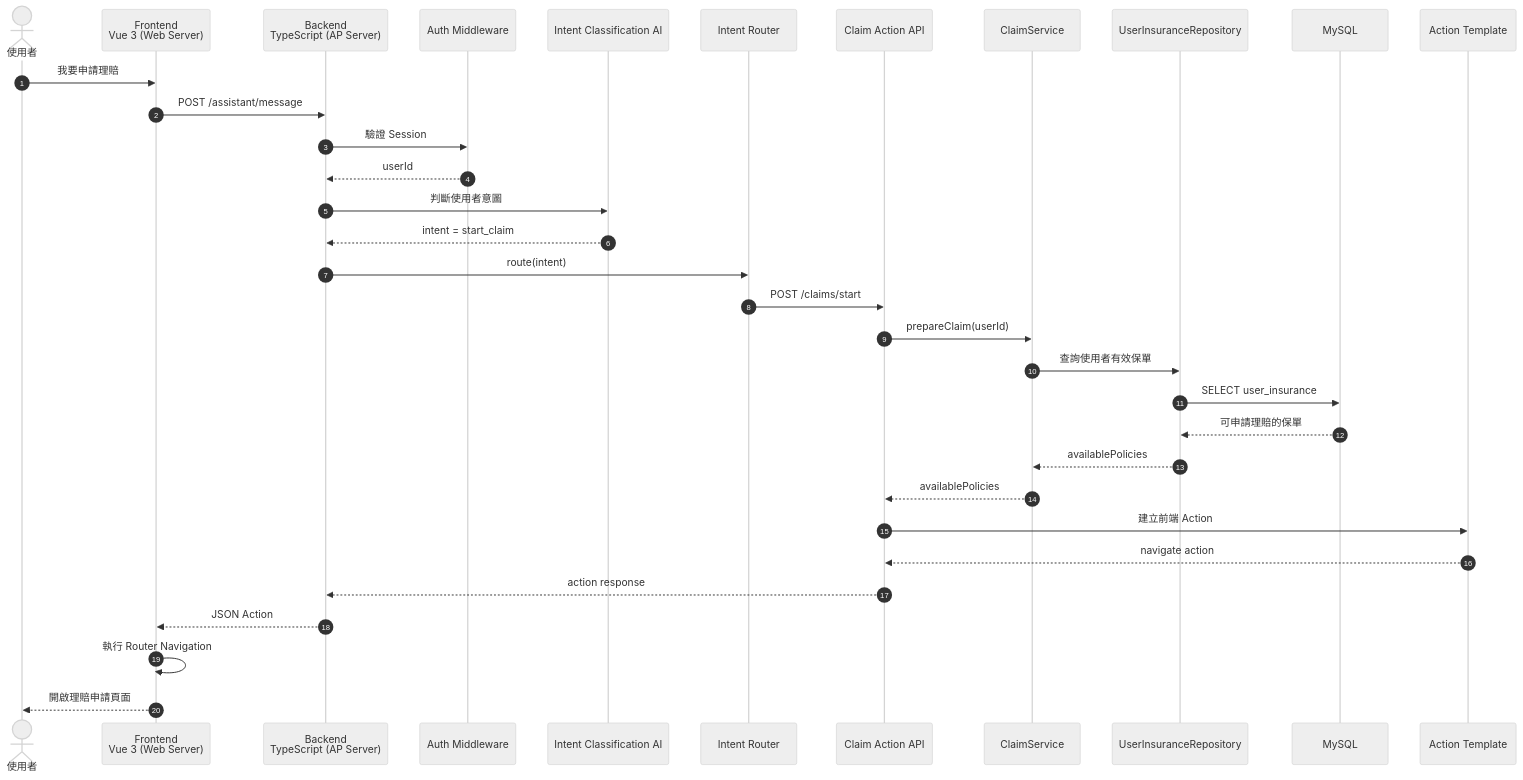
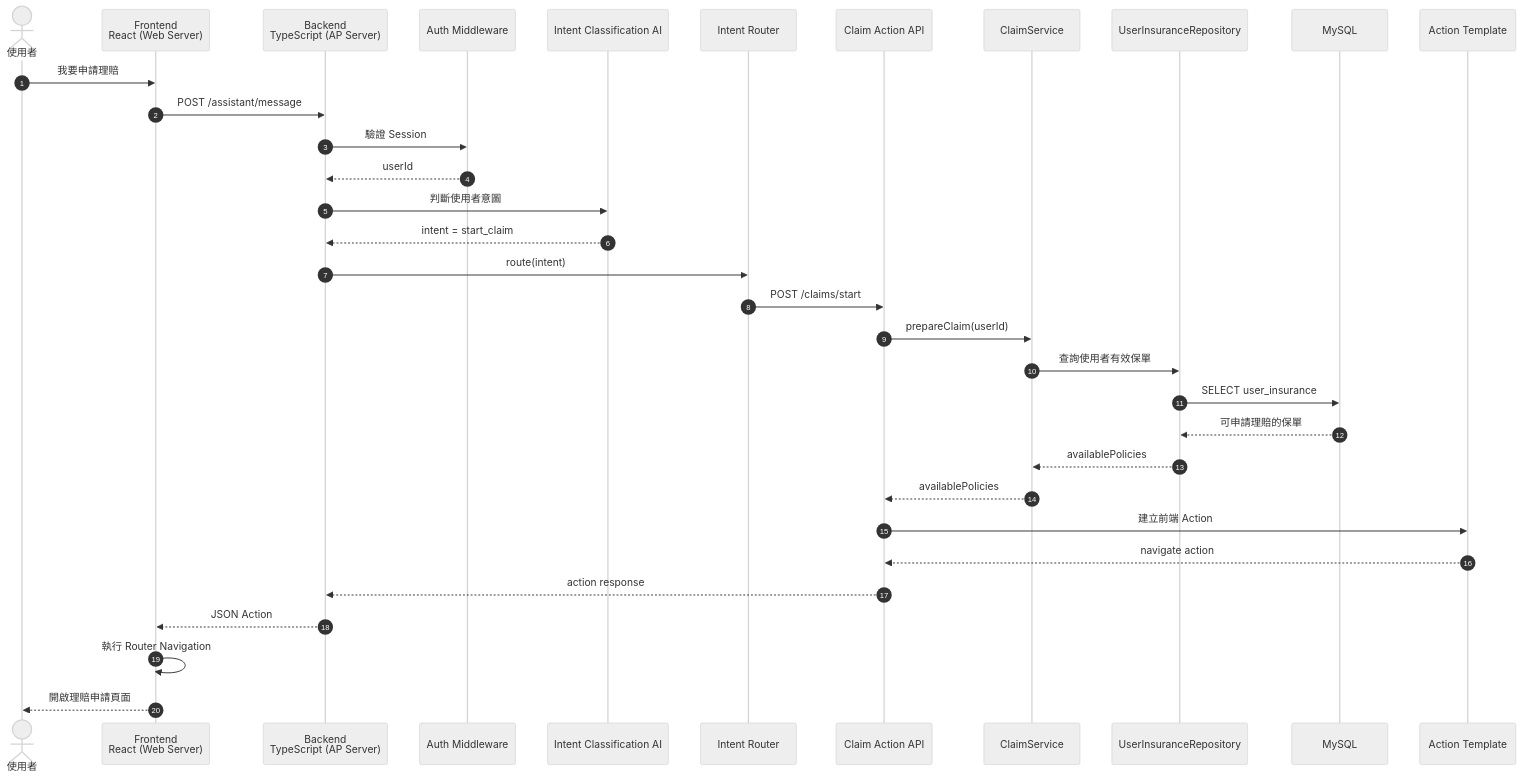
Before and after one commit to woody1234567/insuranceAssistance: the third of 3 diagrams in spec/APIDesign/v1.md, drawn with Mermaid (neutral theme). The commit also changed other lines of this file and 6 other files, not shown here.

````diff
--- a/spec/APIDesign/v1.md
+++ b/spec/APIDesign/v1.md
@@ -107,47 +107,47 @@
 ```mermaid
 sequenceDiagram
     autonumber
 
     actor User as 使用者
-    participant FE as Frontend<br/>Vue 3 (Web Server)
+    participant FE as Frontend<br/>React (Web Server)
     participant BE as Backend<br/>TypeScript (AP Server)
     participant Auth as Auth Middleware
     participant IntentAI as Intent Classification AI
     participant Router as Intent Router
     participant ClaimAPI as Claim Action API
     participant Service as ClaimService
     participant Repo as UserInsuranceRepository
     participant DB as MySQL
     participant Template as Action Template
 
     User->>FE: 我要申請理賠
     FE->>BE: POST /assistant/message
 
     BE->>Auth: 驗證 Session
     Auth-->>BE: userId
 
     BE->>IntentAI: 判斷使用者意圖
     IntentAI-->>BE: intent = start_claim
 
     BE->>Router: route(intent)
 
     Router->>ClaimAPI: POST /claims/start
 
     ClaimAPI->>Service: prepareClaim(userId)
 
     Service->>Repo: 查詢使用者有效保單
     Repo->>DB: SELECT user_insurance
     DB-->>Repo: 可申請理賠的保單
     Repo-->>Service: availablePolicies
 
     Service-->>ClaimAPI: availablePolicies
 
     ClaimAPI->>Template: 建立前端 Action
     Template-->>ClaimAPI: navigate action
 
     ClaimAPI-->>BE: action response
     BE-->>FE: JSON Action
 
     FE->>FE: 執行 Router Navigation
     FE-->>User: 開啟理賠申請頁面
 ```
````
